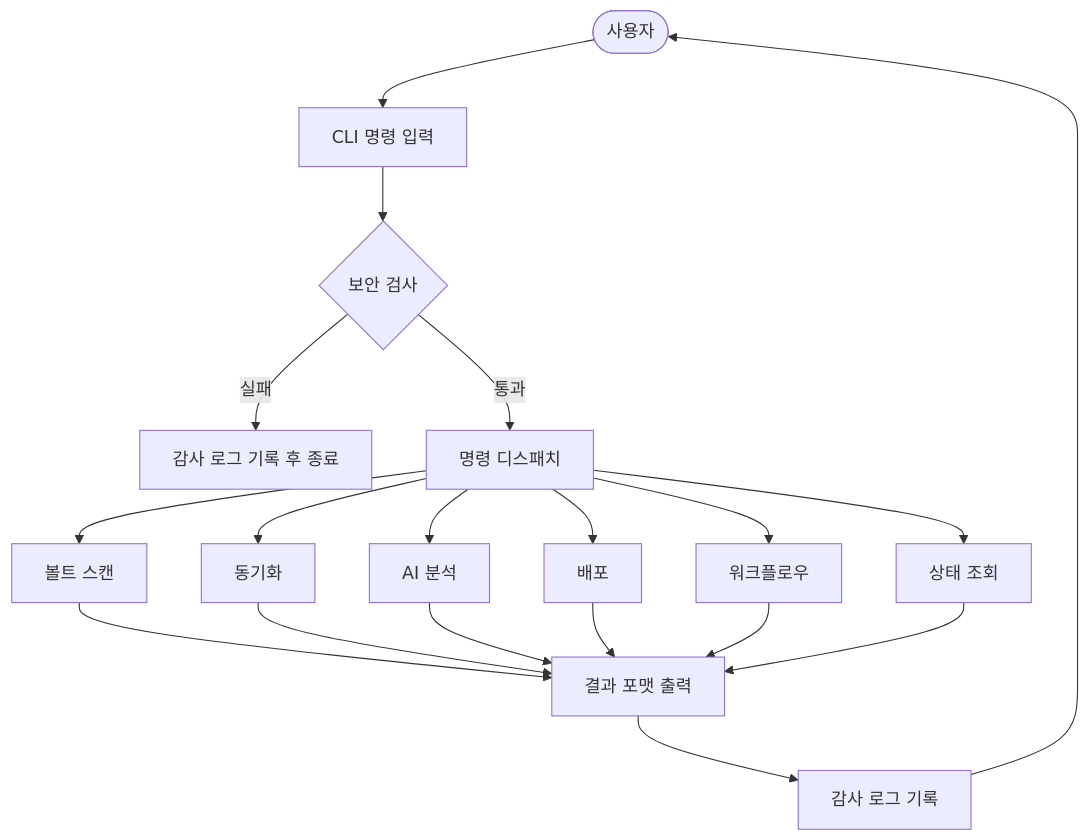
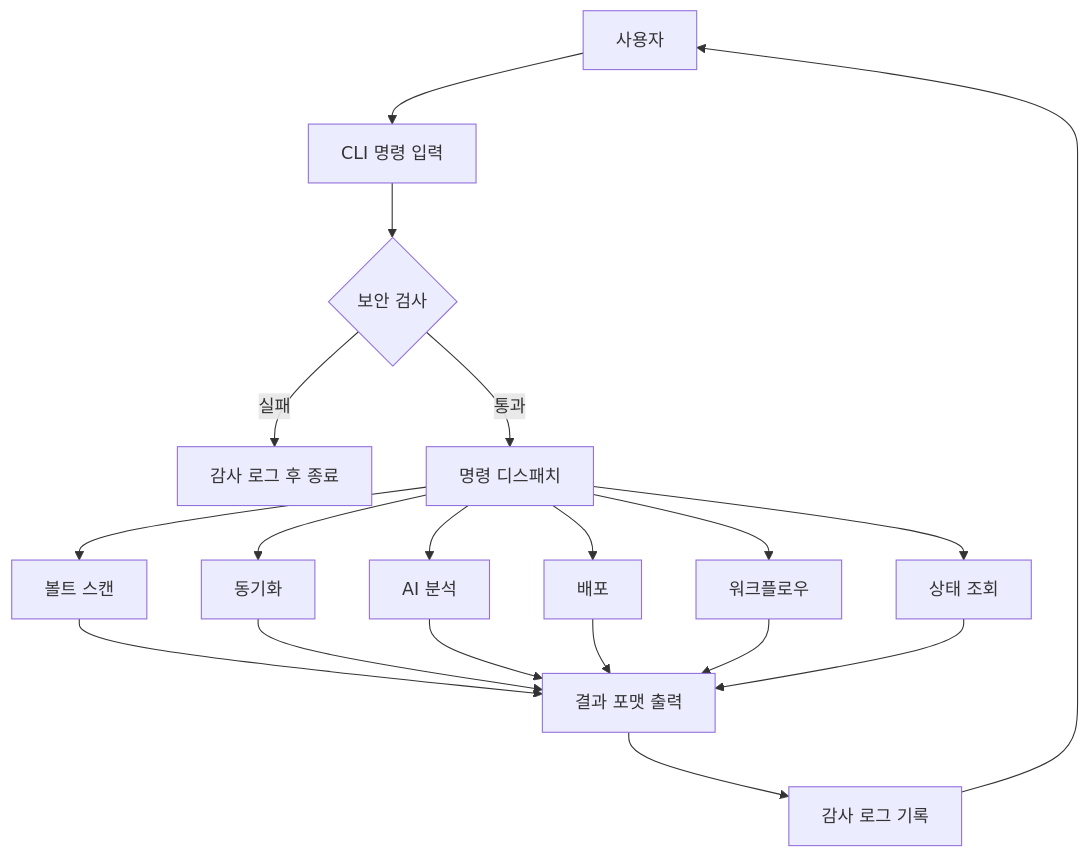
The first of 7 diagrams in docs/FLOW CHART.md (pandol69kim-bot/gitautopipe), drawn with Mermaid before and after one commit. The commit also changed other lines of this file and 5 other files, not shown here.

Commit message:
feat: Add new diagrams and update existing documentation for improved clarity and Mermaid compatibility

````diff
--- a/docs/FLOW CHART.md
+++ b/docs/FLOW CHART.md
@@ -13,24 +13,24 @@
 ```mermaid
 flowchart TB
-    User([사용자]) --> CLI[CLI 명령 입력]
+    User[사용자] --> CLI[CLI 명령 입력]
     CLI --> Security{보안 검사}
-    Security -- 실패 --> AuditFail[감사 로그 기록 후 종료]
+    Security -- 실패 --> AuditFail[감사 로그 후 종료]
     Security -- 통과 --> Dispatch[명령 디스패치]
 
     Dispatch --> Scan[볼트 스캔]
     Dispatch --> Sync[동기화]
     Dispatch --> Analyze[AI 분석]
     Dispatch --> Deploy[배포]
     Dispatch --> Workflow[워크플로우]
     Dispatch --> Status[상태 조회]
 
     Scan --> Output[결과 포맷 출력]
     Sync --> Output
     Analyze --> Output
     Deploy --> Output
     Workflow --> Output
     Status --> Output
 
     Output --> AuditOK[감사 로그 기록]
     AuditOK --> User
 ```
````
